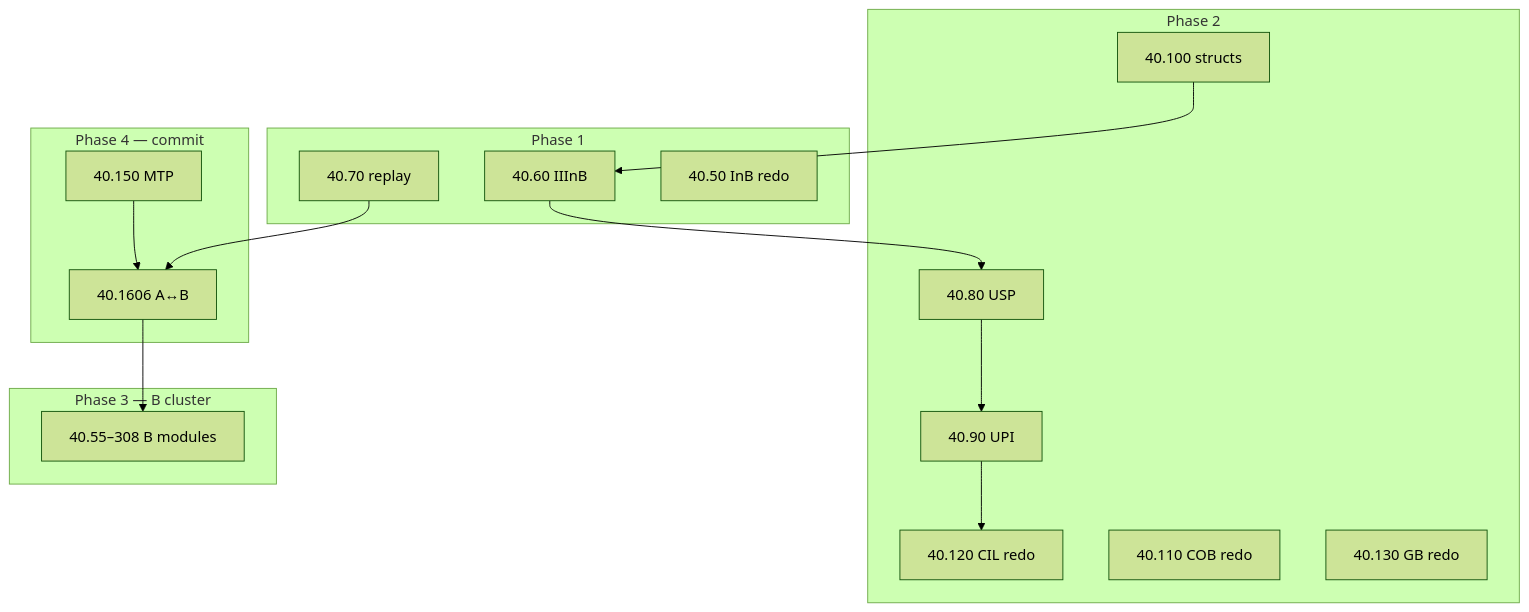
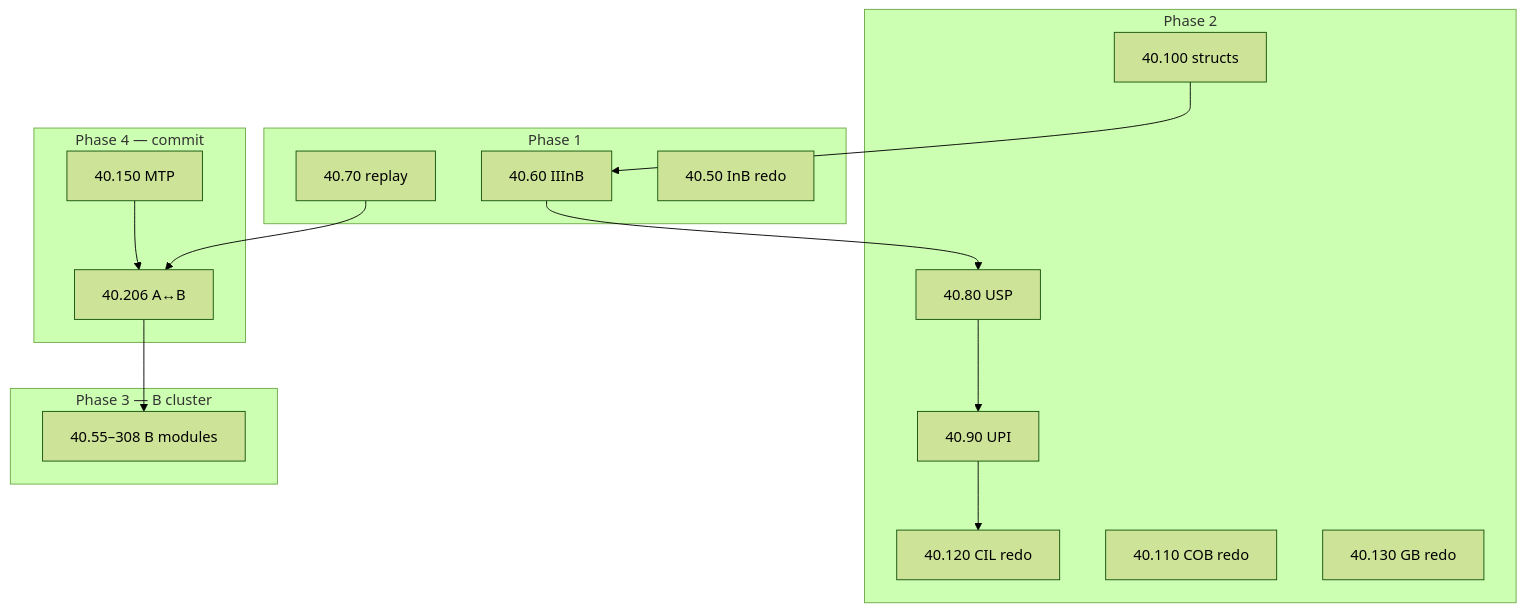
Before and after one commit to CuriousOne23/WhenMathPrays: the third of 3 diagrams in thought_simulator/40_thought_simulator_playground/40.510_refactor.md, drawn with Mermaid (forest theme). The commit also changed other lines of this file and 110 other files, not shown here.

Commit message:
flow changed in governance and CI scripts in lessons learned from 40 renaming

````diff
--- a/thought_simulator/40_thought_simulator_playground/40.510_refactor.md
+++ b/thought_simulator/40_thought_simulator_playground/40.510_refactor.md
@@ -508,30 +508,30 @@
 ```mermaid
 flowchart TB
   subgraph P1["Phase 1"]
     I101[40.60 IIInB]
     R102[40.70 replay]
     I100[40.50 InB redo]
   end
   subgraph P2["Phase 2"]
     U201[40.80 USP]
     U202[40.90 UPI]
     S203[40.100 structs]
     CIL[40.120 CIL redo]
     COB[40.110 COB redo]
     GB[40.130 GB redo]
   end
   subgraph P4["Phase 4 — commit"]
     MTP[40.150 MTP]
-    SYNC[40.1606 A↔B]
+    SYNC[40.206 A↔B]
   end
   subgraph P3["Phase 3 — B cluster"]
     B4[40.55–308 B modules]
   end
   I101 --> U201
   U201 --> U202
   U202 --> CIL
   S203 --> I101
   MTP --> SYNC
   SYNC --> B4
   R102 --> SYNC
 ```
````
